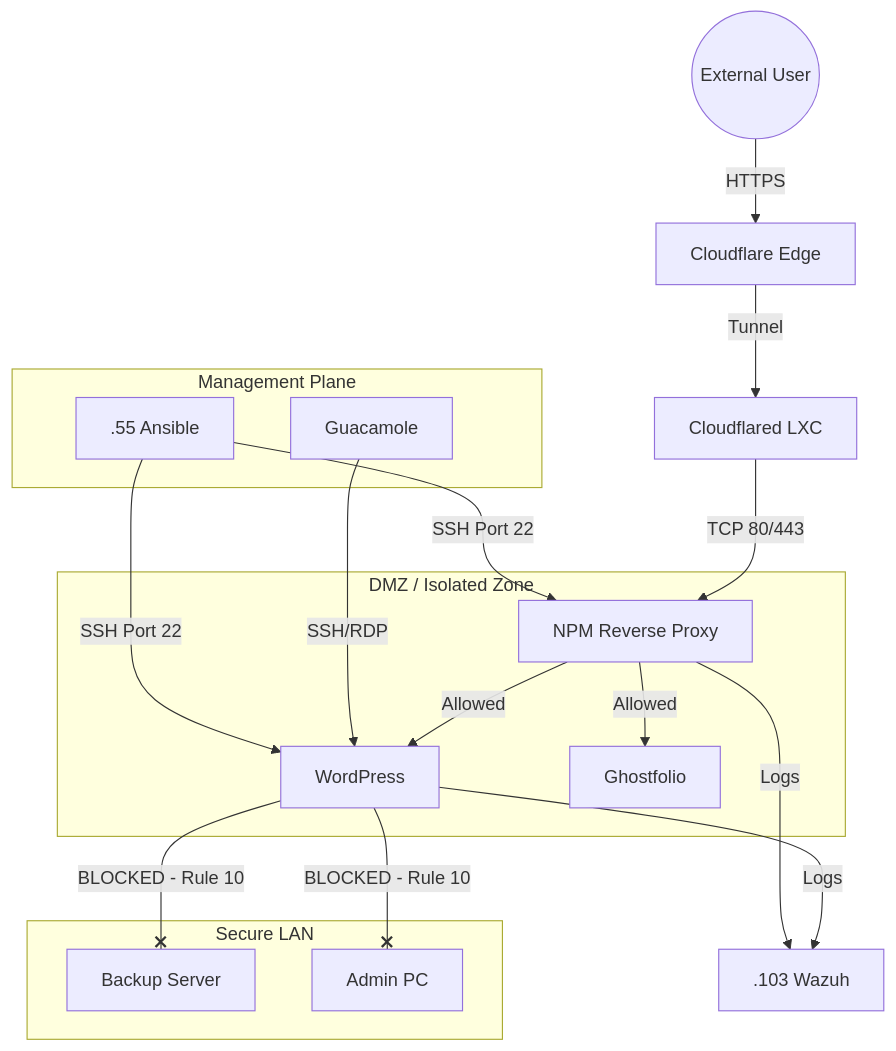
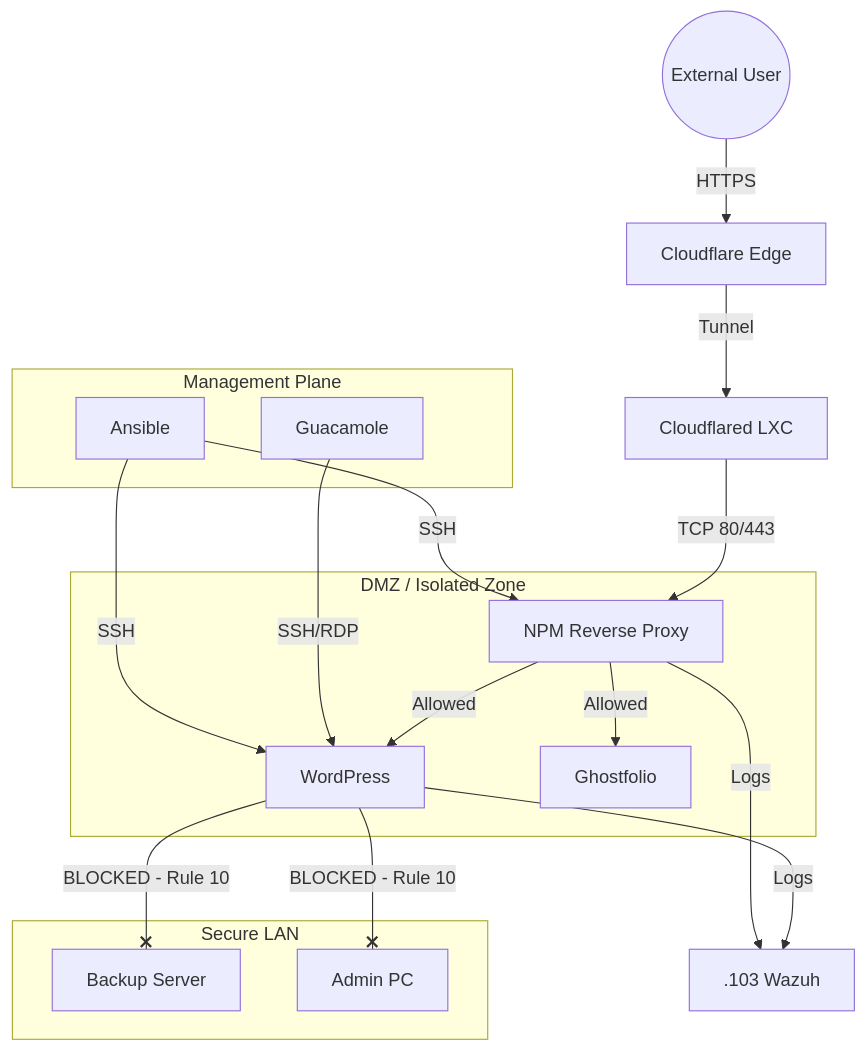
The diagram in docs/13-Security-Architecture.md (abrsc/my-homelab), drawn with Mermaid before and after one commit.

Commit message:
Update Ansible connections in Security Architecture

````diff
--- a/docs/13-Security-Architecture.md
+++ b/docs/13-Security-Architecture.md
@@ -63,24 +63,24 @@
 ```mermaid
 graph TD
     User((External User)) -->|HTTPS| CF[Cloudflare Edge]
     CF -->|Tunnel| CT[Cloudflared LXC]
     CT -->|TCP 80/443| NPM[NPM Reverse Proxy]
     
     subgraph "DMZ / Isolated Zone"
         NPM -->|Allowed| WP[WordPress]
         NPM -->|Allowed| GF[Ghostfolio]
     end
 
     subgraph "Secure LAN"
         WP --x|"BLOCKED - Rule 10"| NAS[Backup Server]
         WP --x|"BLOCKED - Rule 10"| PC[Admin PC]
     end
 
     subgraph "Management Plane"
         Guac[Guacamole] -->|"SSH/RDP"| WP
-        Ansible[.55 Ansible] -->|"SSH Port 22"| NPM
-        Ansible -->|"SSH Port 22"| WP
+        Ansible[Ansible] -->|"SSH"| NPM
+        Ansible -->|"SSH"| WP
     end
     WP -->|Logs| Wazuh[.103 Wazuh]
     NPM -->|Logs| Wazuh
 ```
````
